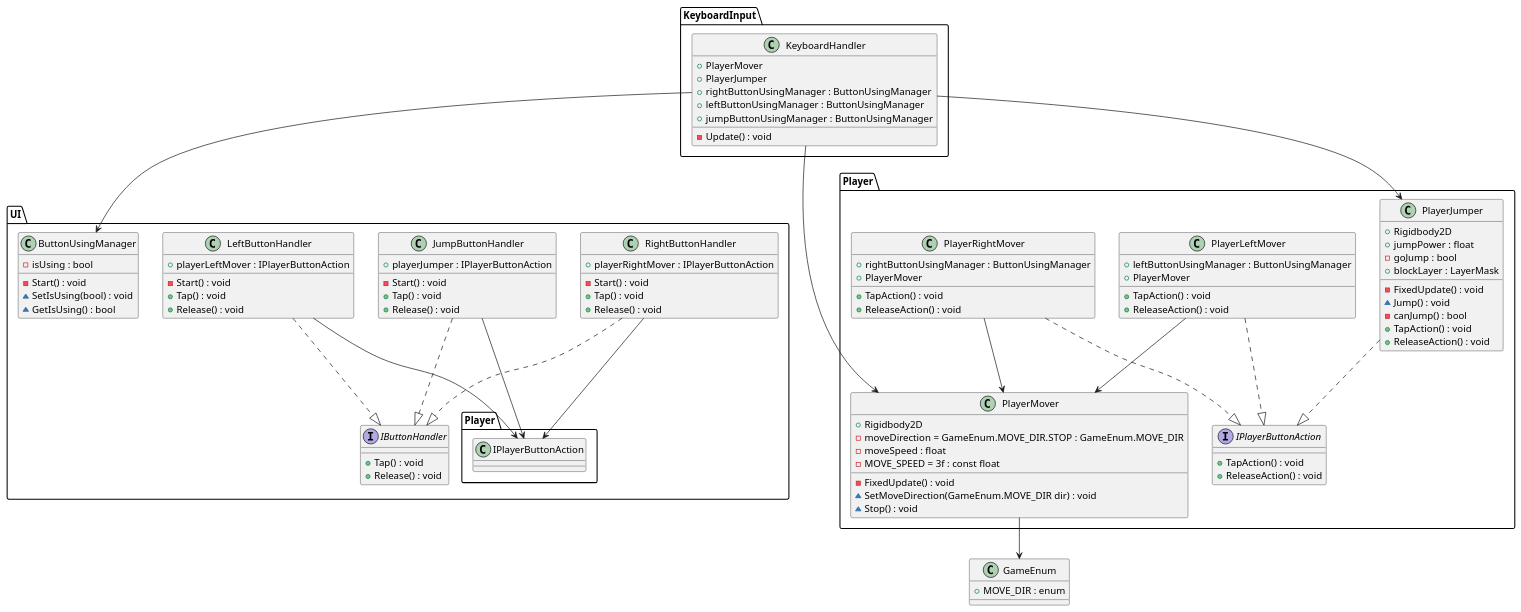
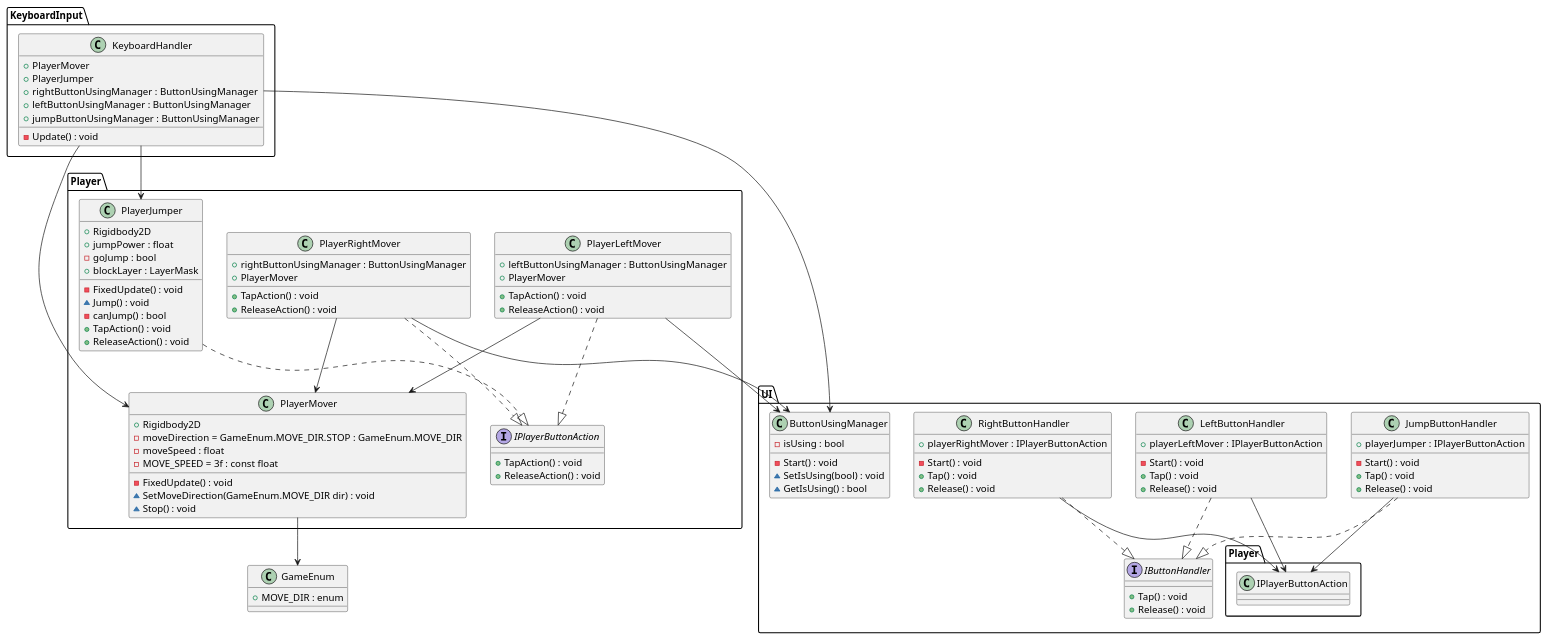
One commit to gladiolusbamboo/180921UnityTerakoyaAgain changed the diagram in TheRun/UML/class.pu. Above: the diagram before and after it, drawn with PlantUML. The commit also changed 2 other files, not shown here.

```diff
--- a/TheRun/UML/class.pu
+++ b/TheRun/UML/class.pu
@@ -1,110 +1,112 @@
 @startuml TheRun
 class GameEnum{
     + MOVE_DIR : enum
 }
 
 namespace UI{
     interface IButtonHandler{
         + Tap() : void
         + Release() : void
     }
 
     class LeftButtonHandler{
         + playerLeftMover : IPlayerButtonAction
         - Start() : void
         + Tap() : void
         + Release() : void
     }
     LeftButtonHandler ..|> IButtonHandler
     LeftButtonHandler --> Player.IPlayerButtonAction
     
     class RightButtonHandler{
         + playerRightMover : IPlayerButtonAction
         - Start() : void
         + Tap() : void
         + Release() : void
     }
     RightButtonHandler ..|> IButtonHandler
     RightButtonHandler --> Player.IPlayerButtonAction
     
     class JumpButtonHandler{
         + playerJumper : IPlayerButtonAction
         - Start() : void
         + Tap() : void
         + Release() : void
     }
     JumpButtonHandler ..|> IButtonHandler
     JumpButtonHandler --> Player.IPlayerButtonAction
 
     class ButtonUsingManager{
         - isUsing : bool
         - Start() : void
         ~ SetIsUsing(bool) : void
         ~ GetIsUsing() : bool
     }
 }
 
 namespace Player{
     interface IPlayerButtonAction{
         + TapAction() : void
         + ReleaseAction() : void
     }
 
     class PlayerLeftMover{
         + leftButtonUsingManager : ButtonUsingManager
         + PlayerMover
         + TapAction() : void
         + ReleaseAction() : void
     }
     PlayerLeftMover ..|> IPlayerButtonAction
+    PlayerLeftMover --> UI.ButtonUsingManager
     PlayerLeftMover --> PlayerMover
 
     class PlayerRightMover{
         + rightButtonUsingManager : ButtonUsingManager
         + PlayerMover
         + TapAction() : void
         + ReleaseAction() : void
     }
     PlayerRightMover ..|> IPlayerButtonAction
+    PlayerRightMover --> UI.ButtonUsingManager
     PlayerRightMover --> PlayerMover
 
     class PlayerMover{
         + Rigidbody2D
         - moveDirection = GameEnum.MOVE_DIR.STOP : GameEnum.MOVE_DIR
         - moveSpeed : float
         - MOVE_SPEED = 3f : const float 
         - FixedUpdate() : void
         ~ SetMoveDirection(GameEnum.MOVE_DIR dir) : void
         ~ Stop() : void
     }
     PlayerMover --> .GameEnum
 
     class PlayerJumper{
         + Rigidbody2D
         + jumpPower : float
         - goJump : bool
         + blockLayer : LayerMask
         - FixedUpdate() : void
         ~ Jump() : void
         - canJump() : bool
         + TapAction() : void
         + ReleaseAction() : void
     }
     PlayerJumper ..|>  IPlayerButtonAction
 }
 
 namespace KeyboardInput{
     class KeyboardHandler{
         + PlayerMover
         + PlayerJumper
         + rightButtonUsingManager : ButtonUsingManager
         + leftButtonUsingManager : ButtonUsingManager
         + jumpButtonUsingManager : ButtonUsingManager
         - Update() : void
     }
     KeyboardHandler --> Player.PlayerMover
     KeyboardHandler --> Player.PlayerJumper
     KeyboardHandler --> UI.ButtonUsingManager
 }
 
 @enduml
```
